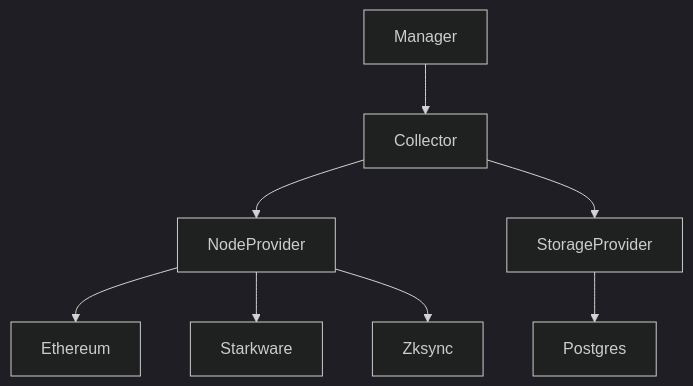
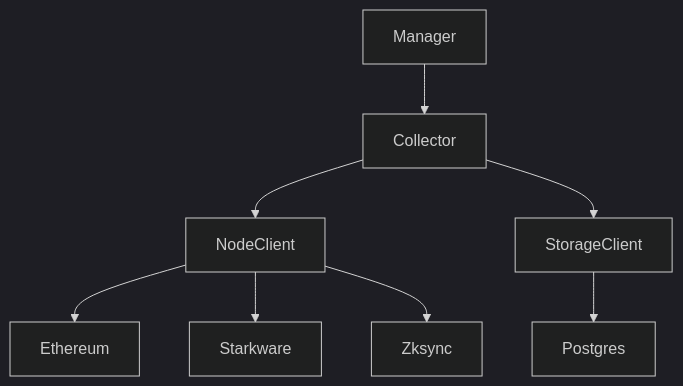
Before and after one commit to lbkolev/eventify: the diagram in crates/eventify-idx/README.md, drawn with Mermaid (dark theme). The commit also changed 26 other files, not shown here.

````diff
--- a/crates/eventify-idx/README.md
+++ b/crates/eventify-idx/README.md
@@ -5,12 +5,10 @@
 ```mermaid
 graph TD
     Manager --> Collector
-    Collector --> NodeProvider
-    Collector --> StorageProvider
-
-    NodeProvider --> Ethereum
-    NodeProvider --> Starkware
-    NodeProvider --> Zksync
-
-    StorageProvider --> Postgres
+    Collector --> NodeClient
+    Collector --> StorageClient
+    NodeClient --> Ethereum
+    NodeClient --> Starkware
+    NodeClient --> Zksync
+    StorageClient --> Postgres
 ```
````
